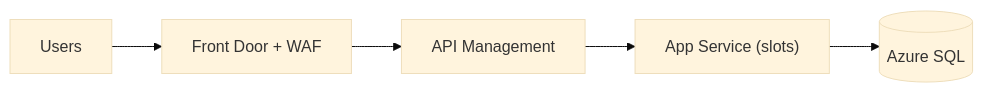
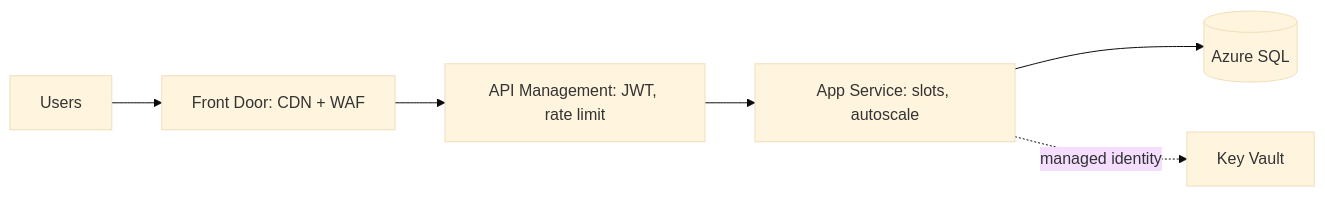
Before and after one commit to passion-Infinity/personal-tech-playbook: the diagram in src/assets/knowledge/playbooks/azure/azure-app-service-api-management.md, drawn with Mermaid (base theme). The commit also changed other lines of this file and 2 other files, not shown here.

First line of the commit message:
Deep-dive rewrite: Azure App Service/APIM and certification roadmap (Azure topic complete)

````diff
--- a/src/assets/knowledge/playbooks/azure/azure-app-service-api-management.md
+++ b/src/assets/knowledge/playbooks/azure/azure-app-service-api-management.md
@@ -15,5 +32,8 @@
 ```mermaid
 flowchart LR
-    U[Users] --> FD["Front Door + WAF"] --> APIM["API Management"] --> APP["App Service (slots)"]
-    APP --> DB[(Azure SQL)]
+    U[Users] --> FD["Front Door: CDN + WAF"]
+    FD --> APIM["API Management: JWT, rate limit"]
+    APIM --> APP["App Service: slots, autoscale"]
+    APP --> DB[("Azure SQL")]
+    APP -.->|"managed identity"| KV["Key Vault"]
 ```
````
